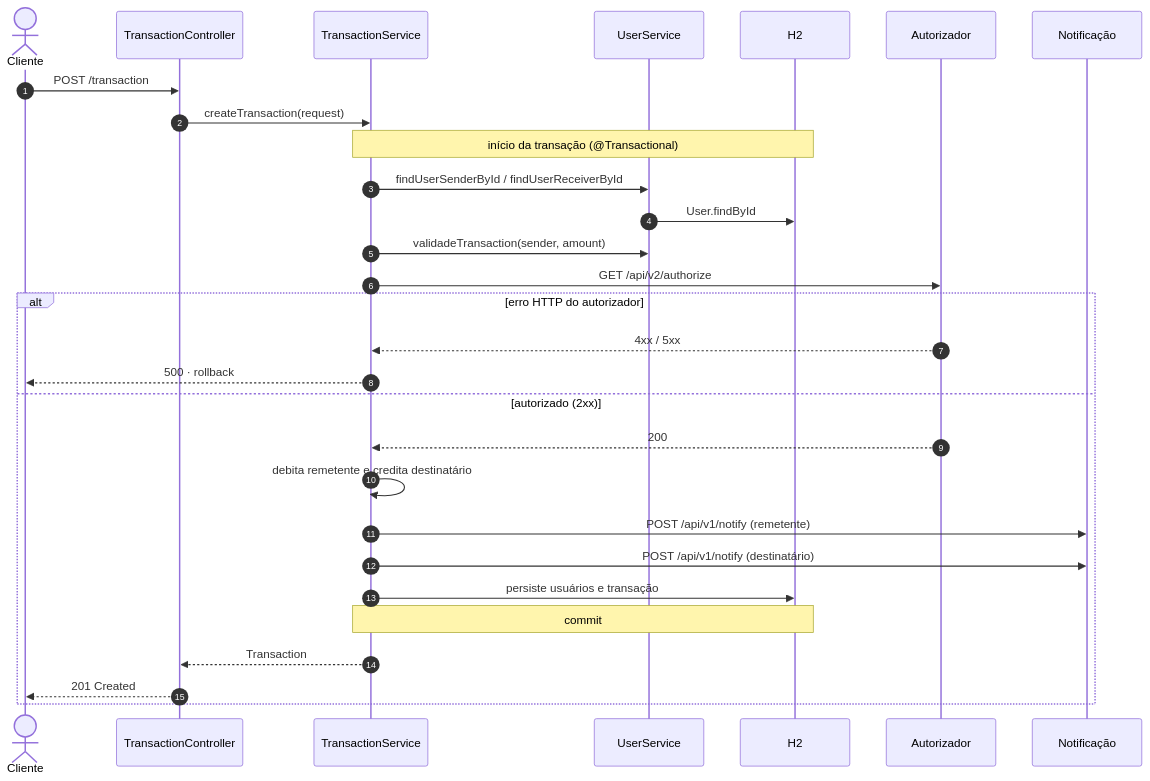
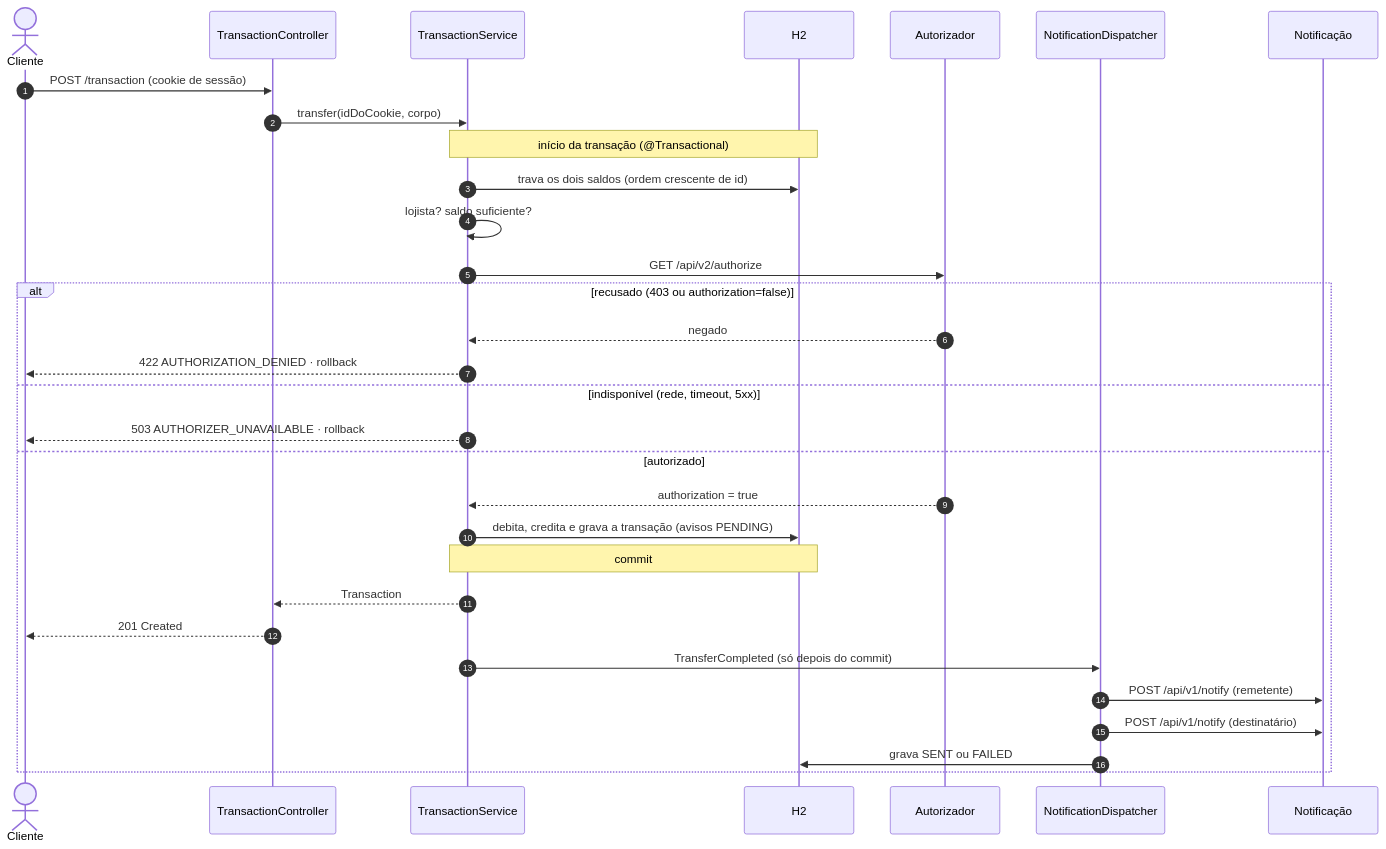
The second of 3 diagrams in README.md (WhallysonGGDS/Desafio-picpay-quarkus), drawn with Mermaid before and after one commit. The commit also changed other lines of this file and 1 other file, not shown here.

First line of the commit message:
docs(api): README do novo contrato e smoke test de ponta a ponta

````diff
--- a/README.md
+++ b/README.md
@@ -176,32 +206,34 @@
 ```mermaid
 sequenceDiagram
     autonumber
     actor C as Cliente
     participant TC as TransactionController
     participant TS as TransactionService
-    participant US as UserService
     participant DB as H2
     participant AUT as Autorizador
+    participant ND as NotificationDispatcher
     participant NOT as Notificação
 
-    C->>TC: POST /transaction
-    TC->>TS: createTransaction(request)
+    C->>TC: POST /transaction (cookie de sessão)
+    TC->>TS: transfer(idDoCookie, corpo)
     Note over TS,DB: início da transação (@Transactional)
-    TS->>US: findUserSenderById / findUserReceiverById
-    US->>DB: User.findById
-    TS->>US: validadeTransaction(sender, amount)
+    TS->>DB: trava os dois saldos (ordem crescente de id)
+    TS->>TS: lojista? saldo suficiente?
     TS->>AUT: GET /api/v2/authorize
-    alt erro HTTP do autorizador
-        AUT-->>TS: 4xx / 5xx
-        TS-->>C: 500 · rollback
-    else autorizado (2xx)
-        AUT-->>TS: 200
-        TS->>TS: debita remetente e credita destinatário
-        TS->>NOT: POST /api/v1/notify (remetente)
-        TS->>NOT: POST /api/v1/notify (destinatário)
-        TS->>DB: persiste usuários e transação
+    alt recusado (403 ou authorization=false)
+        AUT-->>TS: negado
+        TS-->>C: 422 AUTHORIZATION_DENIED · rollback
+    else indisponível (rede, timeout, 5xx)
+        TS-->>C: 503 AUTHORIZER_UNAVAILABLE · rollback
+    else autorizado
+        AUT-->>TS: authorization = true
+        TS->>DB: debita, credita e grava a transação (avisos PENDING)
         Note over TS,DB: commit
         TS-->>TC: Transaction
         TC-->>C: 201 Created
+        TS->>ND: TransferCompleted (só depois do commit)
+        ND->>NOT: POST /api/v1/notify (remetente)
+        ND->>NOT: POST /api/v1/notify (destinatário)
+        ND->>DB: grava SENT ou FAILED
     end
 ```
````
